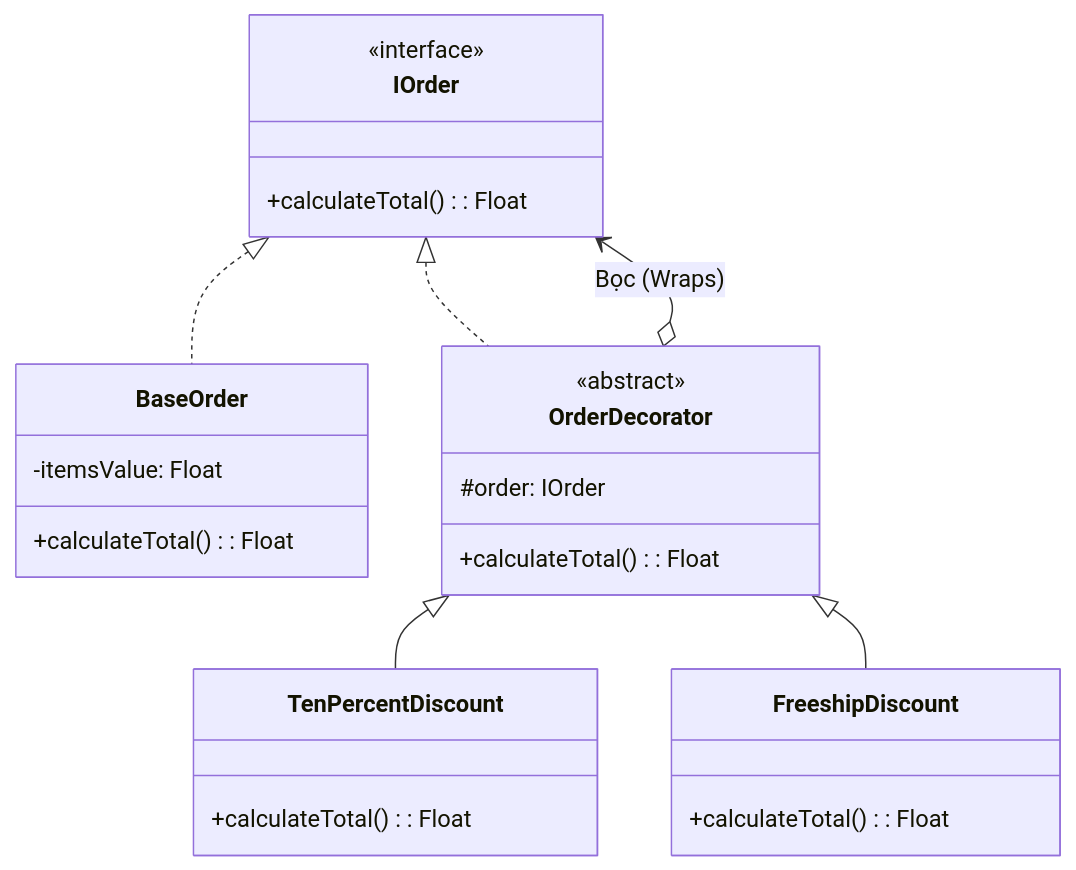
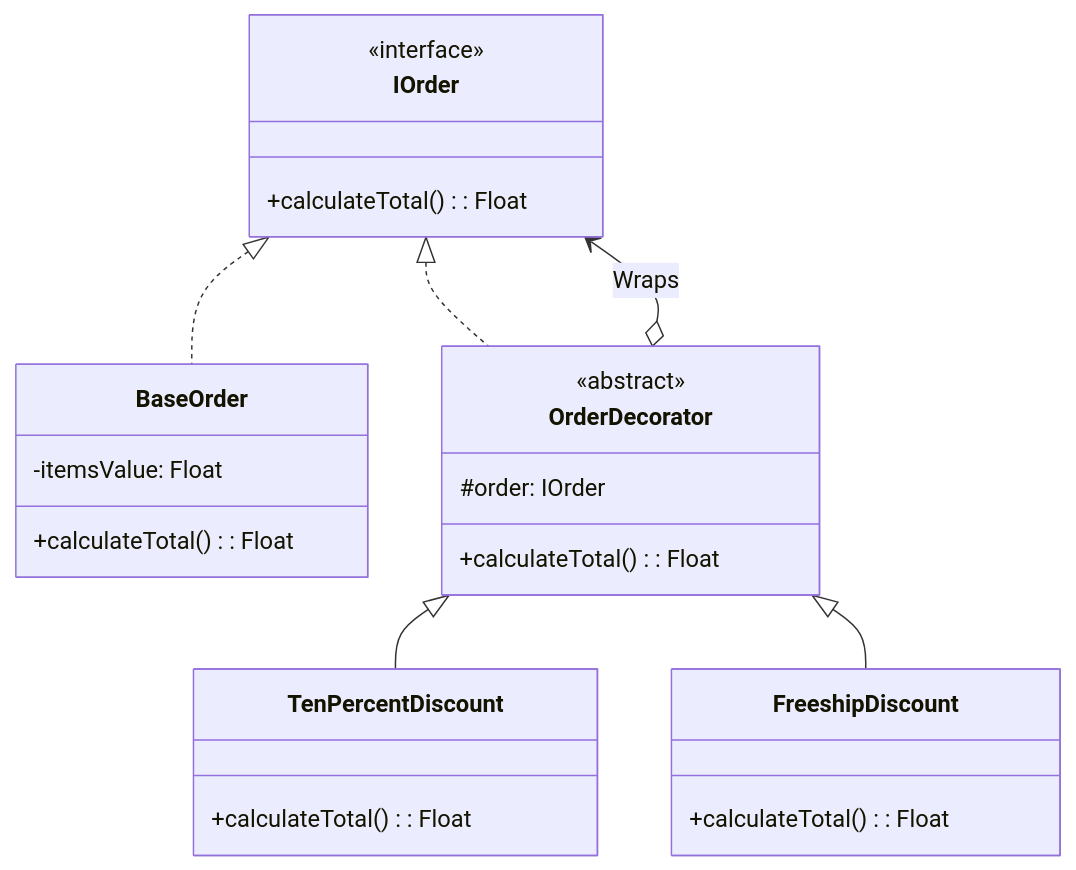
The diagram in src/data/blog/en/82-2026-07-23-design-pattern-09-structural-patterns-decorator.md (ga2631/ga2631.github.io), drawn with Mermaid before and after one commit. The commit also changed other lines of this file and 74 other files, not shown here.

````diff
--- a/src/data/blog/en/82-2026-07-23-design-pattern-09-structural-patterns-decorator.md
+++ b/src/data/blog/en/82-2026-07-23-design-pattern-09-structural-patterns-decorator.md
@@ -32,32 +32,32 @@
 ```mermaid
 classDiagram
     class IOrder {
         <<interface>>
         +calculateTotal(): Float
     }
 
     class BaseOrder {
         -itemsValue: Float
         +calculateTotal(): Float
     }
 
     class OrderDecorator {
         <<abstract>>
         #order: IOrder
         +calculateTotal(): Float
     }
 
     class TenPercentDiscount {
         +calculateTotal(): Float
     }
 
     class FreeshipDiscount {
         +calculateTotal(): Float
     }
 
     IOrder <|.. BaseOrder
     IOrder <|.. OrderDecorator
-    OrderDecorator o--> IOrder : Bọc (Wraps)
+    OrderDecorator o--> IOrder : Wraps
     OrderDecorator <|-- TenPercentDiscount
     OrderDecorator <|-- FreeshipDiscount
 ```
````
